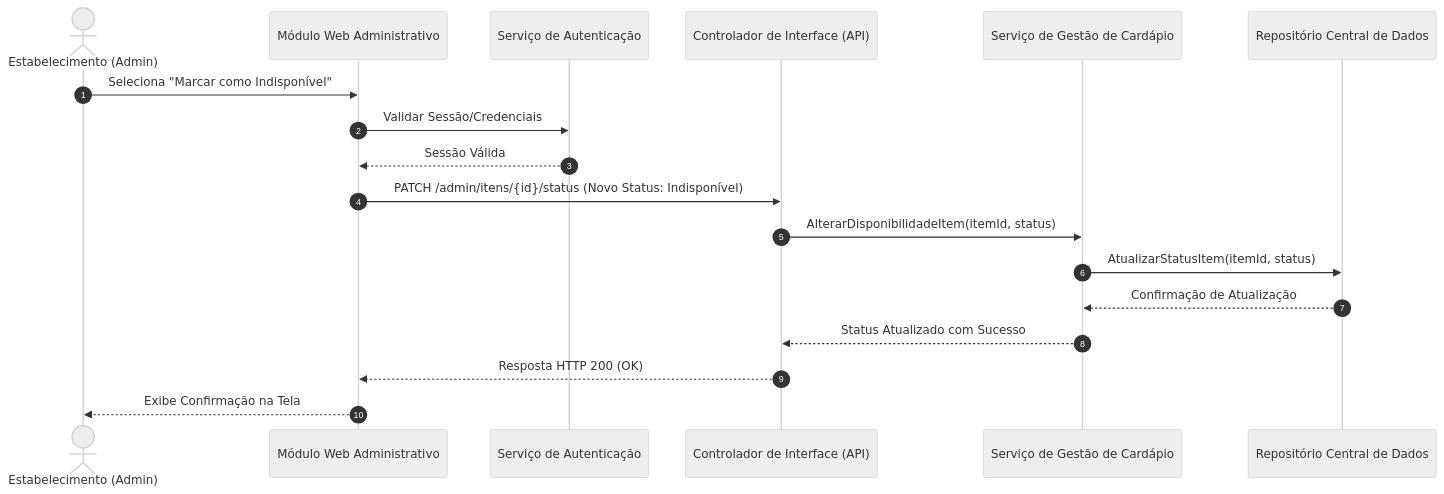
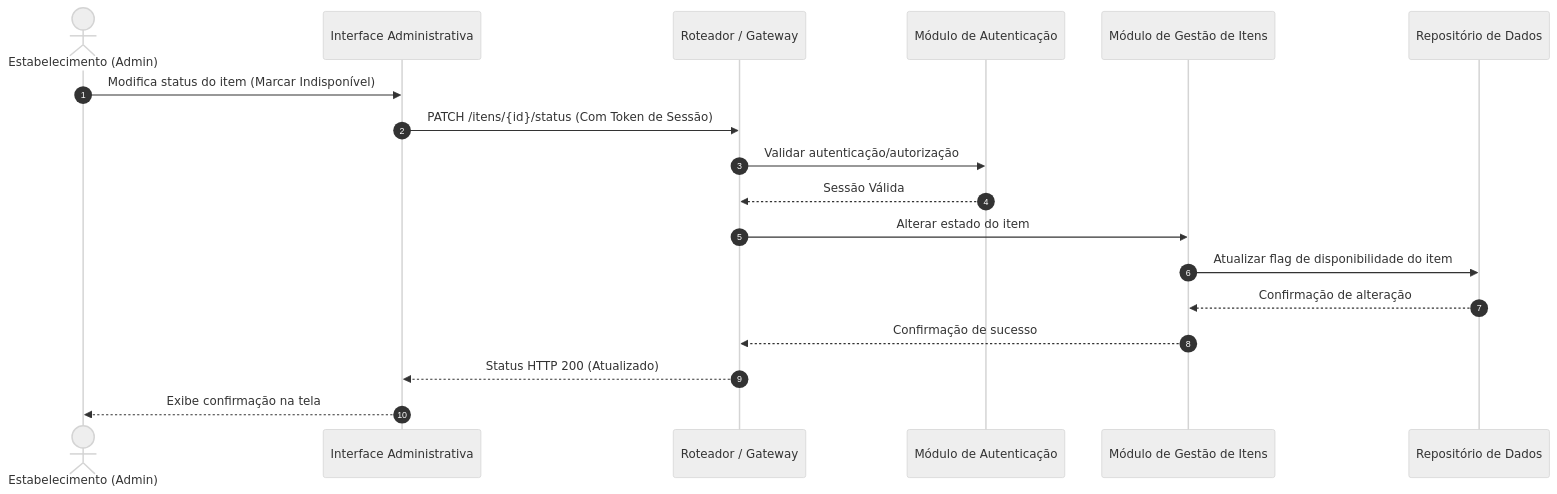
Before and after one commit to PDC-ESIA/AI4ES: the third of 3 diagrams in docs/Time_2_Design/analise-qualitativa/outputs/relatorio_gemini_3_6_flash_P01.md, drawn with Mermaid (neutral theme). The commit also changed other lines of this file and 107 other files, not shown here.

````diff
--- a/docs/Time_2_Design/analise-qualitativa/outputs/relatorio_gemini_3_6_flash_P01.md
+++ b/docs/Time_2_Design/analise-qualitativa/outputs/relatorio_gemini_3_6_flash_P01.md
@@ -97,21 +90,21 @@
 ```mermaid
 sequenceDiagram
     autonumber
     actor Admin as Estabelecimento (Admin)
-    participant UIAdmin as Módulo Web Administrativo
-    participant Auth as Serviço de Autenticação
-    participant Gateway as Controlador de Interface (API)
-    participant MgmtSvc as Serviço de Gestão de Cardápio
-    participant Repo as Repositório Central de Dados
+    participant UI_Admin as Interface Administrativa
+    participant Gateway as Roteador / Gateway
+    participant Auth_Service as Módulo de Autenticação
+    participant Item_Service as Módulo de Gestão de Itens
+    participant Data_Store as Repositório de Dados
 
-    Admin->>UIAdmin: Seleciona "Marcar como Indisponível"
-    UIAdmin->>Auth: Validar Sessão/Credenciais
-    Auth-->>UIAdmin: Sessão Válida
-    UIAdmin->>Gateway: PATCH /admin/itens/{id}/status (Novo Status: Indisponível)
-    Gateway->>MgmtSvc: AlterarDisponibilidadeItem(itemId, status)
-    MgmtSvc->>Repo: AtualizarStatusItem(itemId, status)
-    Repo-->>MgmtSvc: Confirmação de Atualização
-    MgmtSvc-->>Gateway: Status Atualizado com Sucesso
-    Gateway-->>UIAdmin: Resposta HTTP 200 (OK)
-    UIAdmin-->>Admin: Exibe Confirmação na Tela
+    Admin->>UI_Admin: Modifica status do item (Marcar Indisponível)
+    UI_Admin->>Gateway: PATCH /itens/{id}/status (Com Token de Sessão)
+    Gateway->>Auth_Service: Validar autenticação/autorização
+    Auth_Service-->>Gateway: Sessão Válida
+    Gateway->>Item_Service: Alterar estado do item
+    Item_Service->>Data_Store: Atualizar flag de disponibilidade do item
+    Data_Store-->>Item_Service: Confirmação de alteração
+    Item_Service-->>Gateway: Confirmação de sucesso
+    Gateway-->>UI_Admin: Status HTTP 200 (Atualizado)
+    UI_Admin-->>Admin: Exibe confirmação na tela
 ```
````
